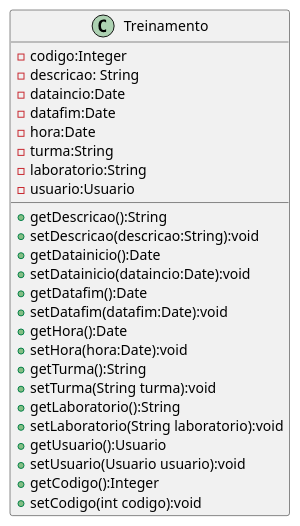
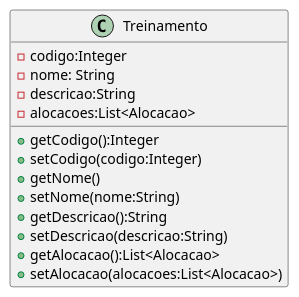
One commit to joseguilhermeromano/UFABC changed the diagram in src/main/java/br/com/ifsp/lds/beans/Treinamento.puml. Above: the diagram before and after it, drawn with PlantUML. The commit also changed other lines of this file and 13 other files, not shown here.

```diff
--- a/src/main/java/br/com/ifsp/lds/beans/Treinamento.puml
+++ b/src/main/java/br/com/ifsp/lds/beans/Treinamento.puml
@@ -5,29 +5,19 @@
 @startuml
 class Treinamento {
     -codigo:Integer
-    -descricao: String 
-    -dataincio:Date 
-    -datafim:Date 
-    -hora:Date
-    -turma:String
-    -laboratorio:String
-    -usuario:Usuario 
+    -nome: String 
+    -descricao:String 
+    -alocacoes:List<Alocacao>
+    +getCodigo():Integer
+    +setCodigo(codigo:Integer)
+    +getNome()
+    +setNome(nome:String)
     +getDescricao():String
-    +setDescricao(descricao:String):void
-    +getDatainicio():Date
-    +setDatainicio(dataincio:Date):void
-    +getDatafim():Date
-    +setDatafim(datafim:Date):void
-    +getHora():Date
-    +setHora(hora:Date):void
-    +getTurma():String
-    +setTurma(String turma):void
-    +getLaboratorio():String
-    +setLaboratorio(String laboratorio):void
-    +getUsuario():Usuario
-    +setUsuario(Usuario usuario):void
-    +getCodigo():Integer
-    +setCodigo(int codigo):void
+    +setDescricao(descricao:String)
+    +getAlocacao():List<Alocacao>
+    +setAlocacao(alocacoes:List<Alocacao>)
+
+
 }
 
 @enduml
```
